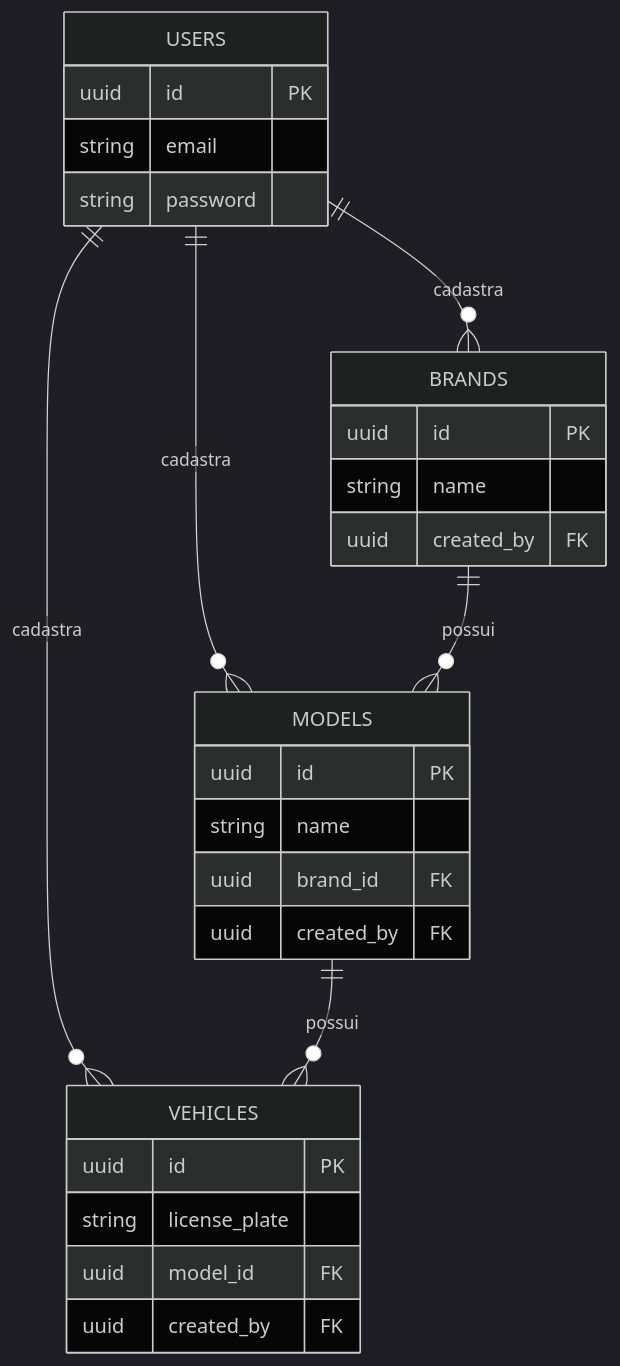
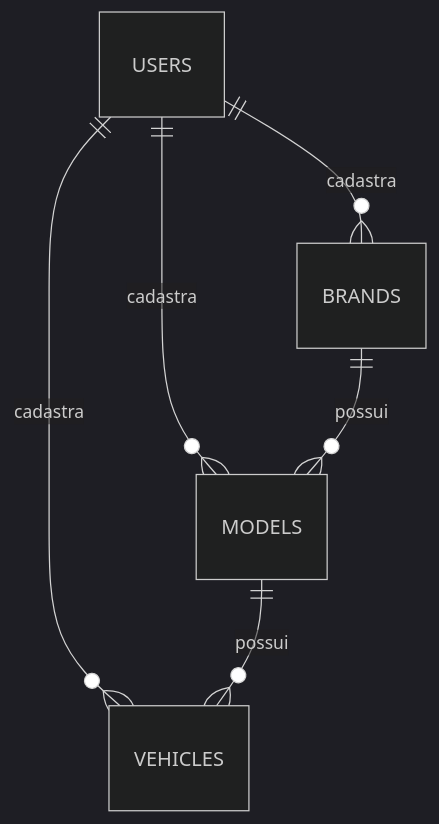
One commit to KarlZacferro/fleet-management-api changed the diagram in README.md. Above: the diagram before and after it, drawn with Mermaid (dark theme).

Commit message:
projeto finalizado

````diff
--- a/README.md
+++ b/README.md
@@ -108,31 +108,9 @@
 ```mermaid
 erDiagram
     USERS ||--o{ BRANDS : "cadastra"
     USERS ||--o{ MODELS : "cadastra"
     USERS ||--o{ VEHICLES : "cadastra"
     BRANDS ||--o{ MODELS : "possui"
     MODELS ||--o{ VEHICLES : "possui"
 
-    USERS {
-        uuid id PK
-        string email
-        string password
-    }
-    BRANDS {
-        uuid id PK
-        string name
-        uuid created_by FK
-    }
-    MODELS {
-        uuid id PK
-        string name
-        uuid brand_id FK
-        uuid created_by FK
-    }
-    VEHICLES {
-        uuid id PK
-        string license_plate
-        uuid model_id FK
-        uuid created_by FK
-    }
 ```
````
